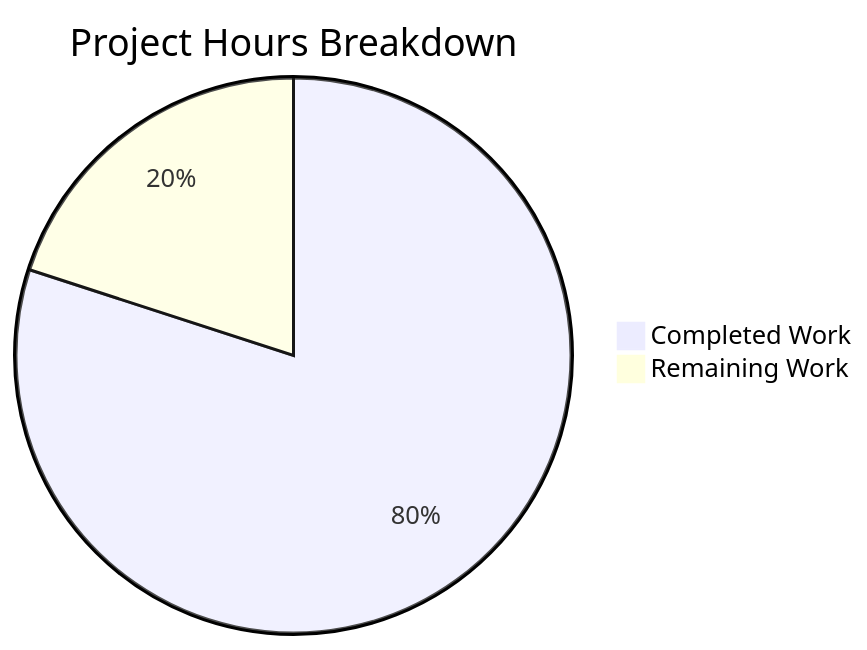
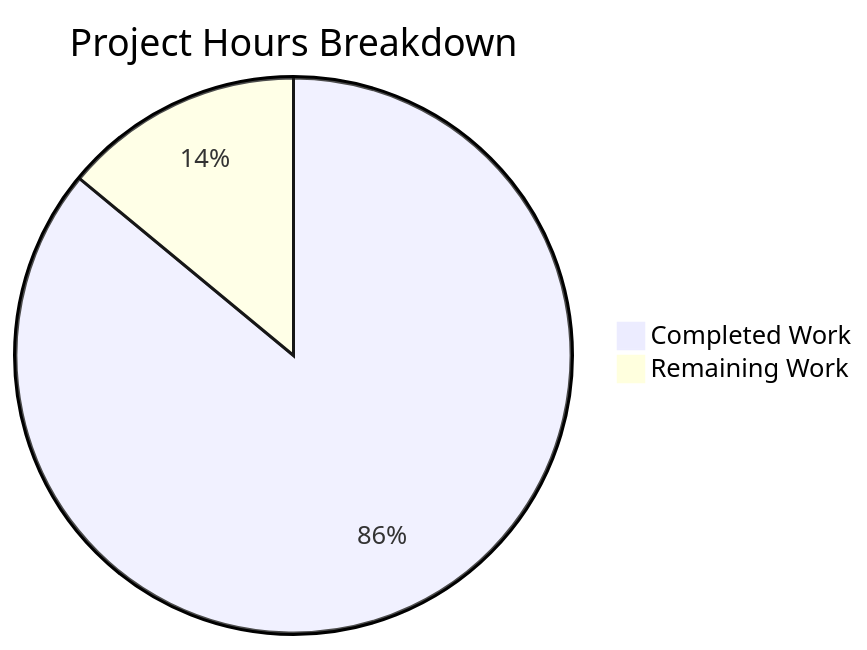
One commit to Blitzy-Sandbox/blitzy-SplendidCRM changed the second of 2 diagrams in blitzy/documentation/Project Guide.md. Above: the diagram before and after it, drawn with Mermaid. The commit also changed other lines of this file, not shown here.

Commit message:
Adding Blitzy Project Guide: Project Status and Human Tasks Remaining

````diff
--- a/blitzy/documentation/Project Guide.md
+++ b/blitzy/documentation/Project Guide.md
@@ -226,5 +248,5 @@
 ```mermaid
 pie title Project Hours Breakdown
-    "Completed Work" : 160
-    "Remaining Work" : 40
+    "Completed Work" : 172
+    "Remaining Work" : 28
 ```
````
